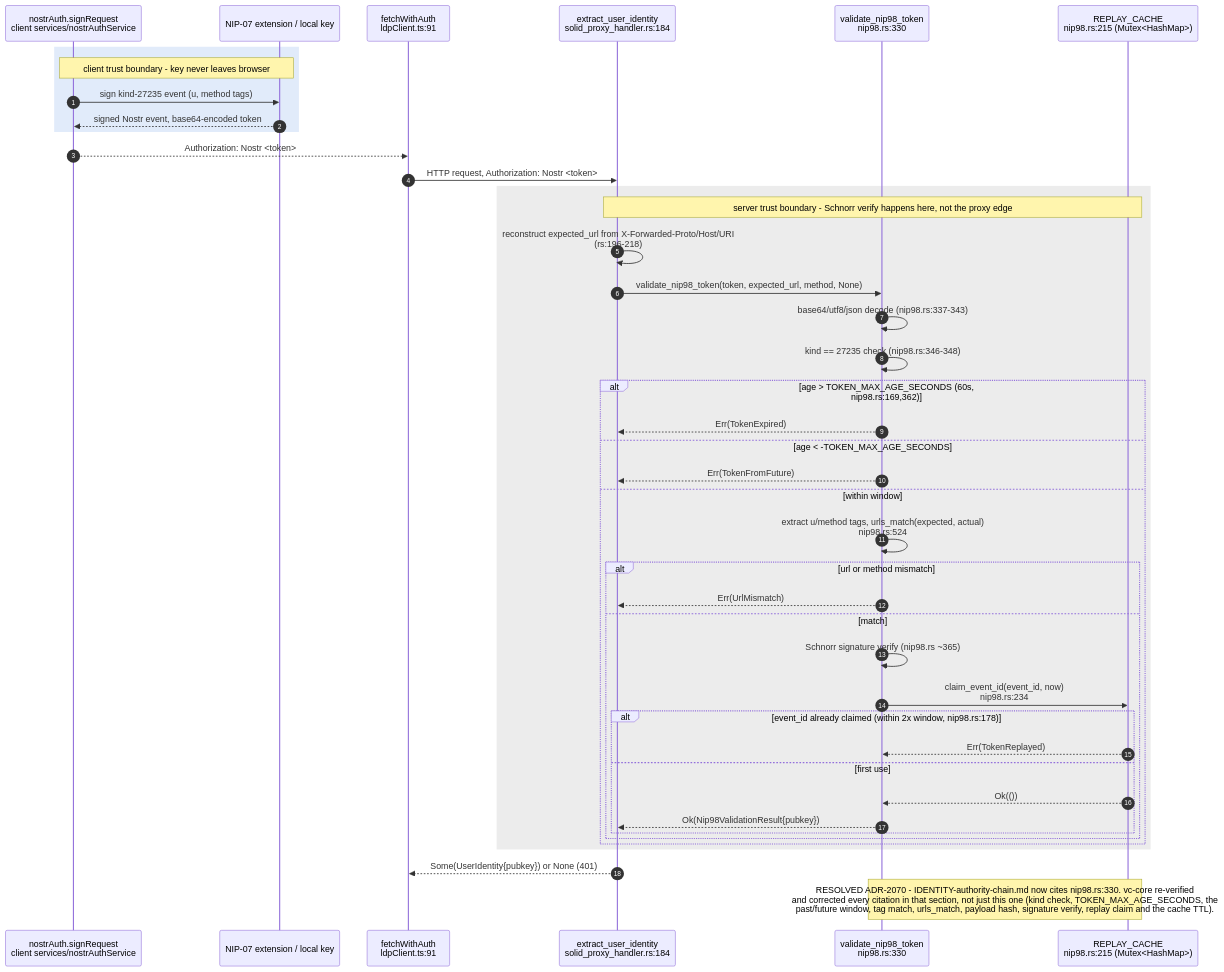
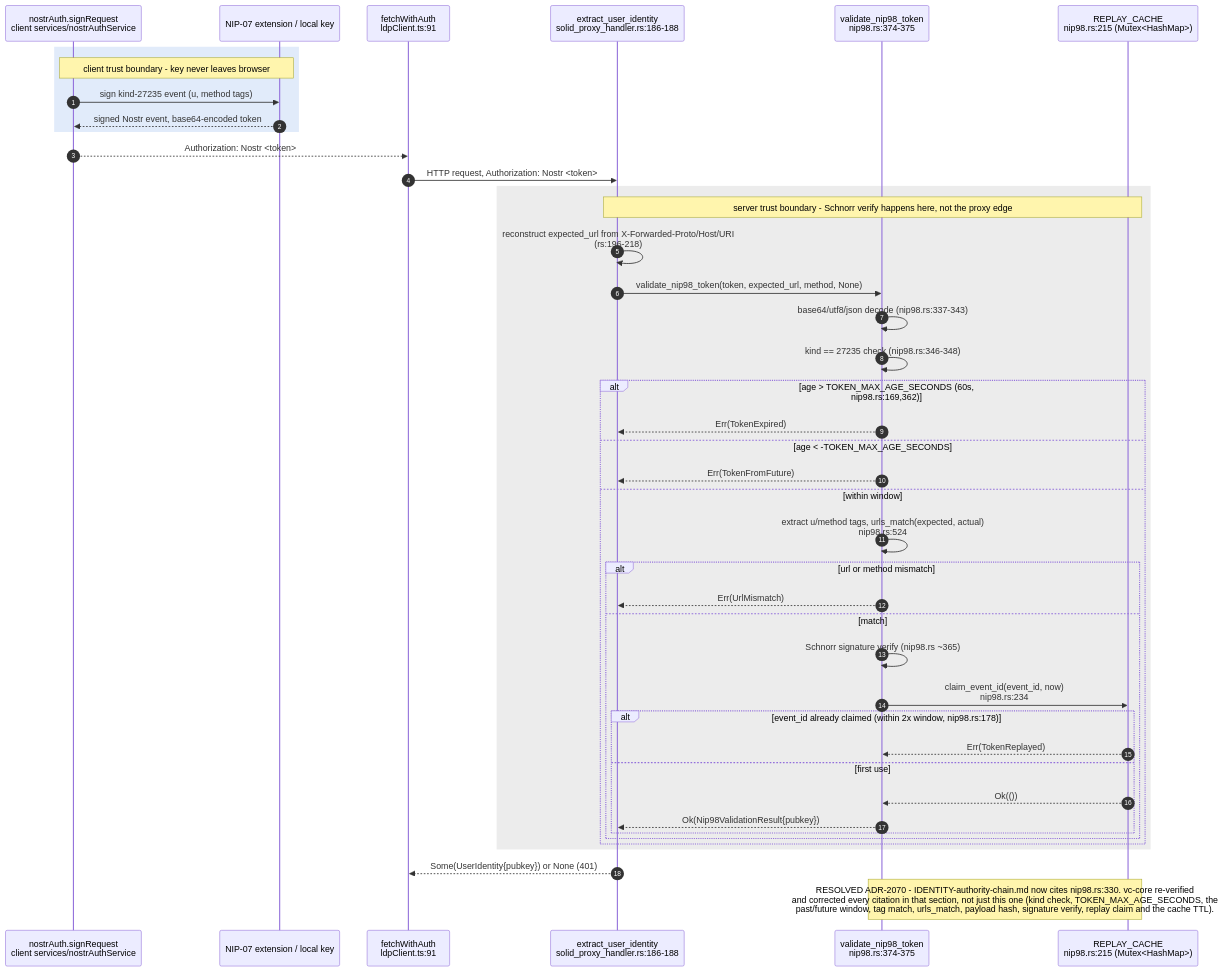
Before and after one commit to DreamLab-AI/AR-AI-Knowledge-Graph: the fourth of 12 diagrams in docs/diagrams/visionclaw/26-solid-pod-and-jss.md, drawn with Mermaid. The commit also changed other lines of this file and 36 other files, not shown here.

````diff
--- a/docs/diagrams/visionclaw/26-solid-pod-and-jss.md
+++ b/docs/diagrams/visionclaw/26-solid-pod-and-jss.md
@@ -154,47 +154,47 @@
 ```mermaid
 sequenceDiagram
     autonumber
     participant NA as nostrAuth.signRequest<br/>client services/nostrAuthService
     participant EXT as NIP-07 extension / local key
     rect rgb(225,235,250)
     Note over NA,EXT: client trust boundary - key never leaves browser
     NA->>EXT: sign kind-27235 event (u, method tags)
     EXT-->>NA: signed Nostr event, base64-encoded token
     end
     NA-->>ldp: Authorization: Nostr <token>
 
     participant ldp as fetchWithAuth<br/>ldpClient.ts:91
-    participant AUTH as extract_user_identity<br/>solid_proxy_handler.rs:184
-    participant VAL as validate_nip98_token<br/>nip98.rs:330
+    participant AUTH as extract_user_identity<br/>solid_proxy_handler.rs:186-188
+    participant VAL as validate_nip98_token<br/>nip98.rs:374-375
     participant CACHE as REPLAY_CACHE<br/>nip98.rs:215 (Mutex<HashMap>)
 
     ldp->>AUTH: HTTP request, Authorization: Nostr <token>
     rect rgb(236,236,236)
     Note over AUTH,CACHE: server trust boundary - Schnorr verify happens here, not the proxy edge
     AUTH->>AUTH: reconstruct expected_url from X-Forwarded-Proto/Host/URI<br/>(rs:196-218)
     AUTH->>VAL: validate_nip98_token(token, expected_url, method, None)
     VAL->>VAL: base64/utf8/json decode (nip98.rs:337-343)
     VAL->>VAL: kind == 27235 check (nip98.rs:346-348)
     alt age > TOKEN_MAX_AGE_SECONDS (60s, nip98.rs:169,362)
         VAL-->>AUTH: Err(TokenExpired)
     else age < -TOKEN_MAX_AGE_SECONDS
         VAL-->>AUTH: Err(TokenFromFuture)
     else within window
         VAL->>VAL: extract u/method tags, urls_match(expected, actual)<br/>nip98.rs:524
         alt url or method mismatch
             VAL-->>AUTH: Err(UrlMismatch)
         else match
             VAL->>VAL: Schnorr signature verify (nip98.rs ~365)
             VAL->>CACHE: claim_event_id(event_id, now)<br/>nip98.rs:234
             alt event_id already claimed (within 2x window, nip98.rs:178)
                 CACHE-->>VAL: Err(TokenReplayed)
             else first use
                 CACHE-->>VAL: Ok(())
                 VAL-->>AUTH: Ok(Nip98ValidationResult{pubkey})
             end
         end
     end
     end
     AUTH-->>ldp: Some(UserIdentity{pubkey}) or None (401)
     Note over VAL,CACHE: RESOLVED ADR-2070 - IDENTITY-authority-chain.md now cites nip98.rs:330. vc-core re-verified<br/>and corrected every citation in that section, not just this one (kind check, TOKEN_MAX_AGE_SECONDS, the<br/>past/future window, tag match, urls_match, payload hash, signature verify, replay claim and the cache TTL).
 ```
````
